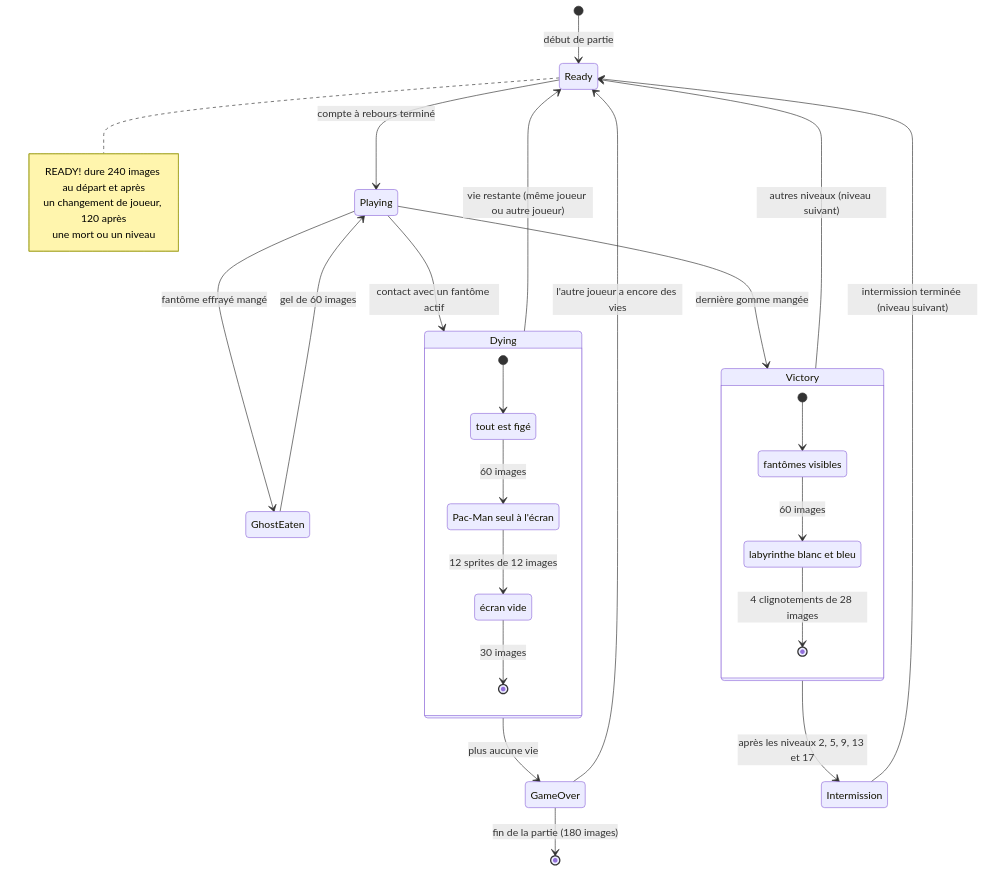
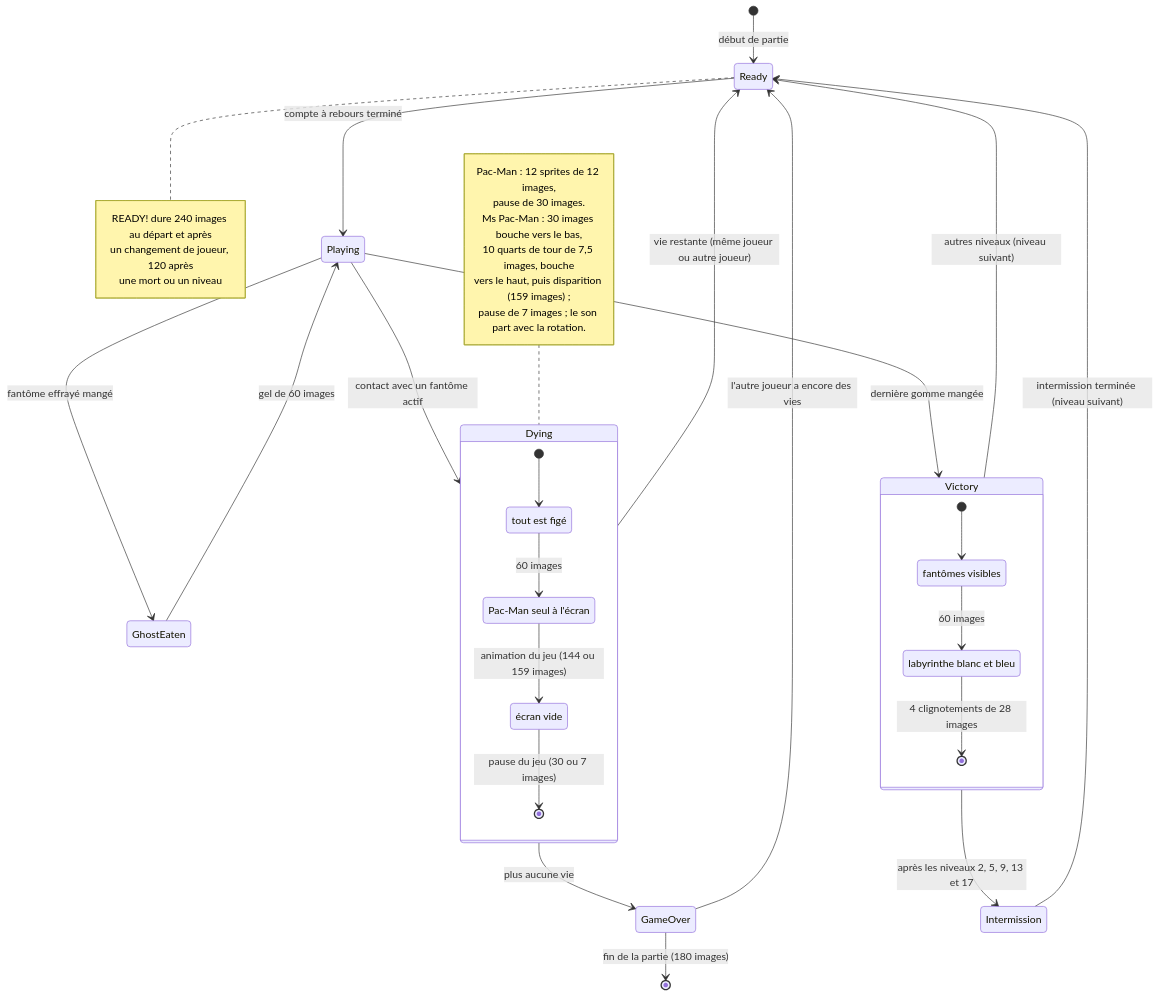
Before and after one commit to Telev78/pacman: diagram 13 of 31 in docs/Pacman_UML_et_etats.md, drawn with Mermaid. The commit also changed other lines of this file and 173 other files, not shown here.

````diff
--- a/docs/Pacman_UML_et_etats.md
+++ b/docs/Pacman_UML_et_etats.md
@@ -876,37 +1156,45 @@
 ```mermaid
 stateDiagram-v2
   [*] --> Ready : début de partie
   Ready --> Playing : compte à rebours terminé
   Playing --> GhostEaten : fantôme effrayé mangé
   GhostEaten --> Playing : gel de 60 images
   Playing --> Dying : contact avec un fantôme actif
   Playing --> Victory : dernière gomme mangée
   state Dying {
     [*] --> GelMort
     GelMort --> AnimationMort : 60 images
-    AnimationMort --> PauseMort : 12 sprites de 12 images
-    PauseMort --> [*] : 30 images
+    AnimationMort --> PauseMort : animation du jeu (144 ou 159 images)
+    PauseMort --> [*] : pause du jeu (30 ou 7 images)
     GelMort : tout est figé
     AnimationMort : Pac-Man seul à l'écran
     PauseMort : écran vide
   }
+  note left of Dying
+    Pac-Man : 12 sprites de 12 images,
+    pause de 30 images.
+    Ms Pac-Man : 30 images bouche vers le bas,
+    10 quarts de tour de 7,5 images, bouche
+    vers le haut, puis disparition (159 images) ;
+    pause de 7 images ; le son part avec la rotation.
+  end note
   Dying --> Ready : vie restante (même joueur ou autre joueur)
   Dying --> GameOver : plus aucune vie
   GameOver --> Ready : l'autre joueur a encore des vies
   GameOver --> [*] : fin de la partie (180 images)
   state Victory {
     [*] --> GelVictoire
     GelVictoire --> Clignotement : 60 images
     Clignotement --> [*] : 4 clignotements de 28 images
     GelVictoire : fantômes visibles
     Clignotement : labyrinthe blanc et bleu
   }
   Victory --> Intermission : après les niveaux 2, 5, 9, 13 et 17
   Victory --> Ready : autres niveaux (niveau suivant)
   Intermission --> Ready : intermission terminée (niveau suivant)
   note right of Ready
     READY! dure 240 images au départ et après
     un changement de joueur, 120 après
     une mort ou un niveau
   end note
 ```
````
